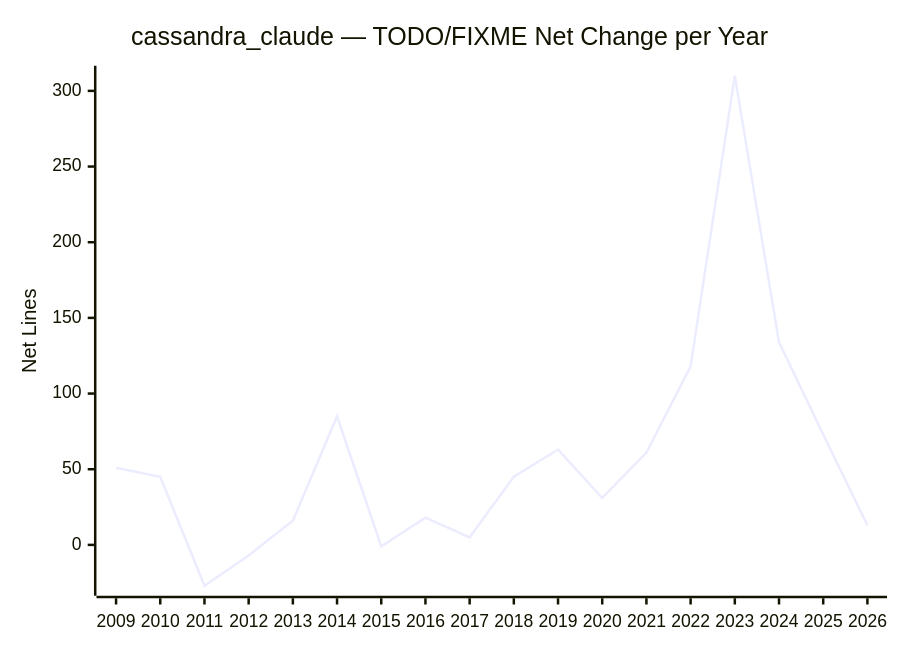
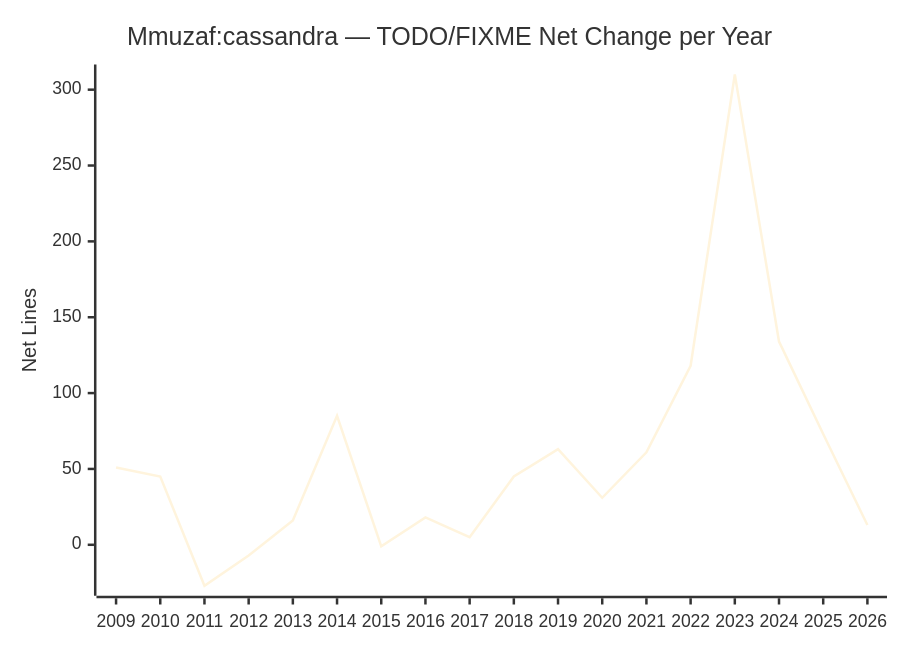
The fifth of 7 diagrams in todo_analysis.md (Mmuzaf/cassandra), drawn with Mermaid before and after one commit. The commit also changed other lines of this file, not shown here.

Commit message:
fix background

````diff
--- a/todo_analysis.md
+++ b/todo_analysis.md
@@ -59,7 +60,8 @@
 ```mermaid
+%%{init: {'theme': 'base', 'themeVariables': {'background': '#ffffff'}}}%%
 xychart-beta
-    title "cassandra_claude — TODO/FIXME Net Change per Year"
+    title "Mmuzaf:cassandra — TODO/FIXME Net Change per Year"
     x-axis [2009, 2010, 2011, 2012, 2013, 2014, 2015, 2016, 2017, 2018, 2019, 2020, 2021, 2022, 2023, 2024, 2025, 2026]
     y-axis "Net Lines" -27 --> 310
     line [51, 45, -27, -7, 16, 85, -1, 18, 5, 45, 63, 31, 61, 118, 310, 134, 73, 13]
 ```
````
